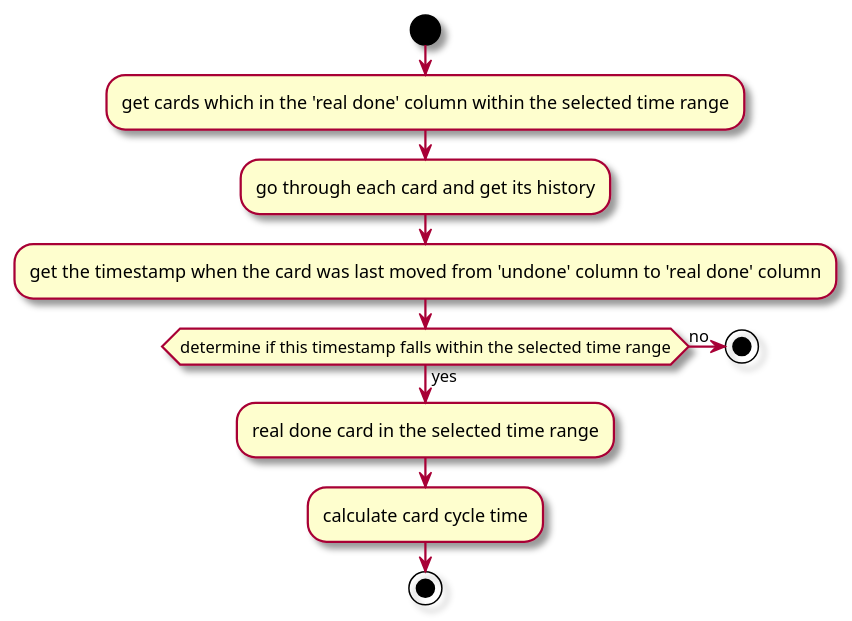
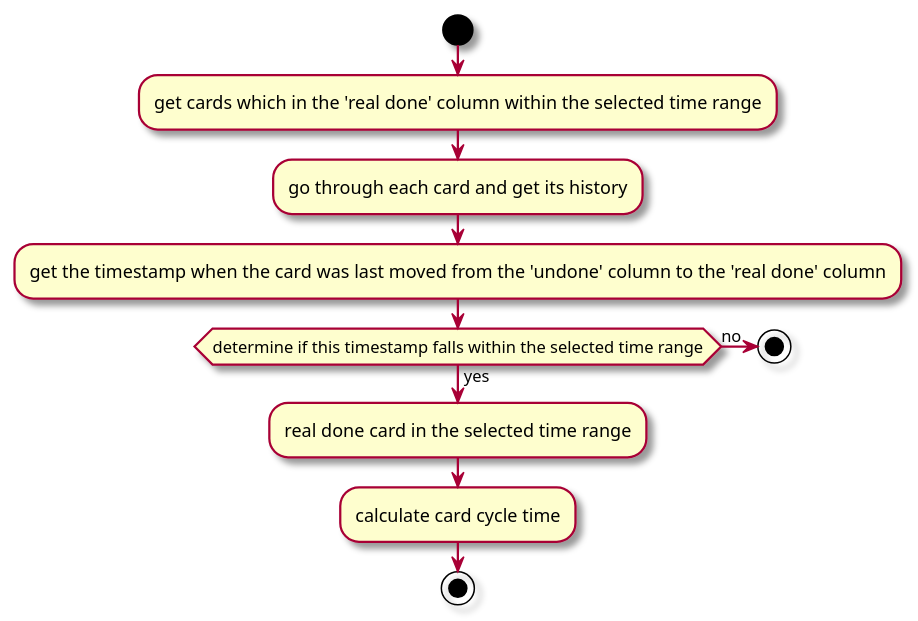
Before and after one commit to thoughtworks/HeartBeat: the third of 3 diagrams in docs/src/pages/en/dev-center/cycle-time-calculation.md, drawn with PlantUML.

Commit message:
ADM-577:[docs]update flow chart about done card

````diff
--- a/docs/src/pages/en/dev-center/cycle-time-calculation.md
+++ b/docs/src/pages/en/dev-center/cycle-time-calculation.md
@@ -105,18 +105,18 @@
 ```plantuml
 @startuml
 skin rose
 start
 
 :get cards which in the 'real done' column within the selected time range;
 :go through each card and get its history;
-:get the timestamp when the card was last moved from 'undone' column to 'real done' column;
+:get the timestamp when the card was last moved from the 'undone' column to the 'real done' column;
 if (determine if this timestamp falls within the selected time range) then (yes)
     :real done card in the selected time range;
     :calculate card cycle time;
     stop
 else (no)
     stop
 endif
 @enduml
 
 ```
````
